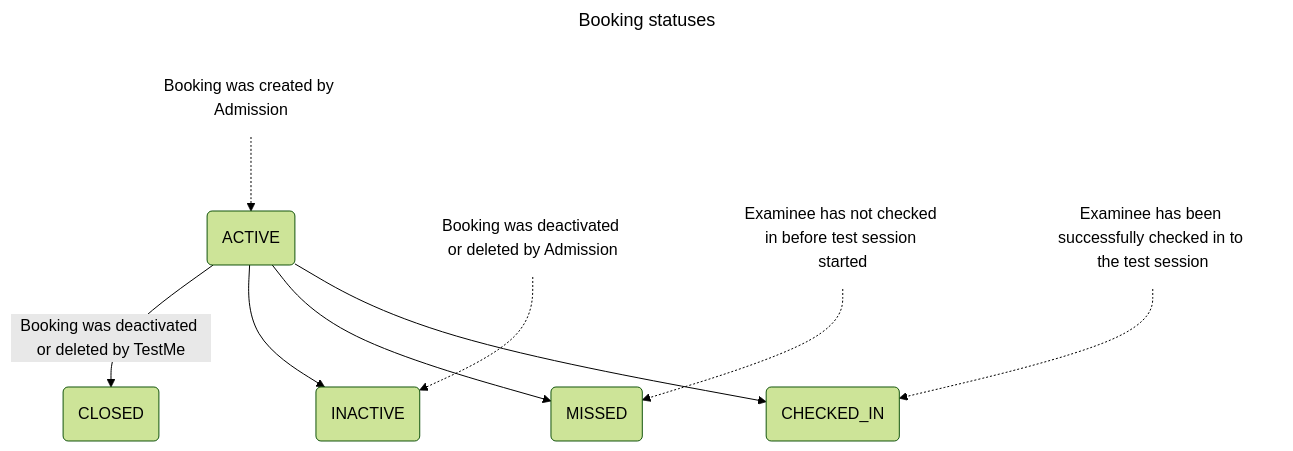
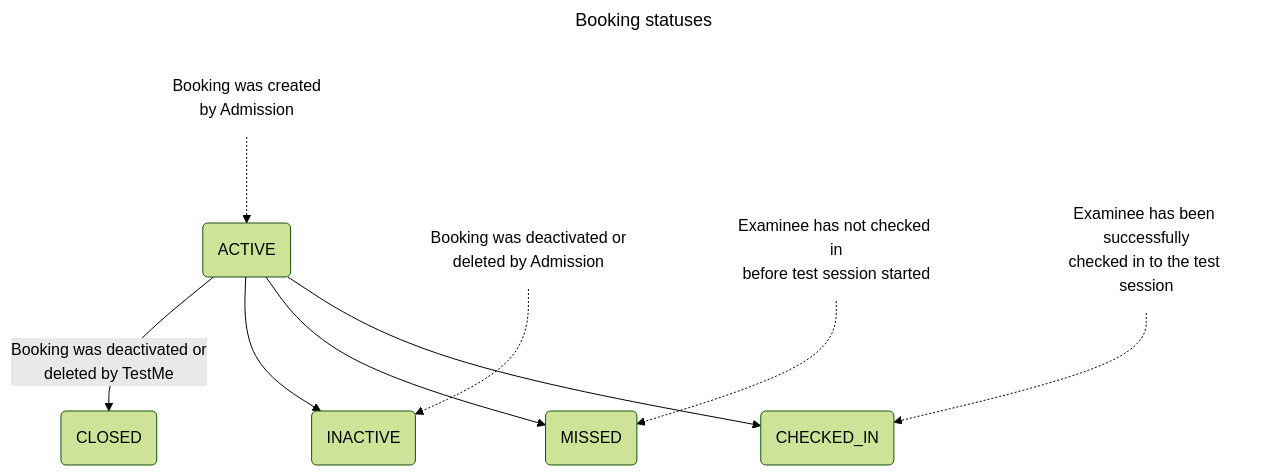
One commit to PavelBui/AtlasVault changed the first of 3 diagrams in README.md. Above: the diagram before and after it, drawn with Mermaid (forest theme). The commit also changed other lines of this file, not shown here.

Commit message:
Updated Mermaid

````diff
--- a/README.md
+++ b/README.md
@@ -49,16 +49,15 @@
 ```mermaid
 ---
 title: Booking statuses
 ---
 graph TD
-  TA[Booking was created by Admission]:::noBorder-.->A(ACTIVE)
-  TI[Booking was deactivated or deleted by Admission]:::noBorder-.->I(INACTIVE)
-  TM[Examinee has not checked in before test session started]:::noBorder-.->M(MISSED)
-  TCI[Examinee has been successfully checked in to the test session]:::noBorder-.->CI(CHECKED_IN)
-  A-- Booking was deactivated or deleted by TestMe -->C(CLOSED);
+  TA[Booking was created<br>by Admission]:::noBorder-.->A(ACTIVE)
+  TI[Booking was deactivated or<br>deleted by Admission]:::noBorder-.->I(INACTIVE)
+  TM[Examinee has not checked in<br>before test session started]:::noBorder-.->M(MISSED)
+  TCI[Examinee has been successfully<br>checked in to the test session]:::noBorder-.->CI(CHECKED_IN)
+  A-- Booking was deactivated or<br>deleted by TestMe -->C(CLOSED);
   A-->I;
   A-->M;
   A-->CI;
   classDef noBorder stroke-width:0,fill:transparent;
-  class TA noBorder;
 ```
````
